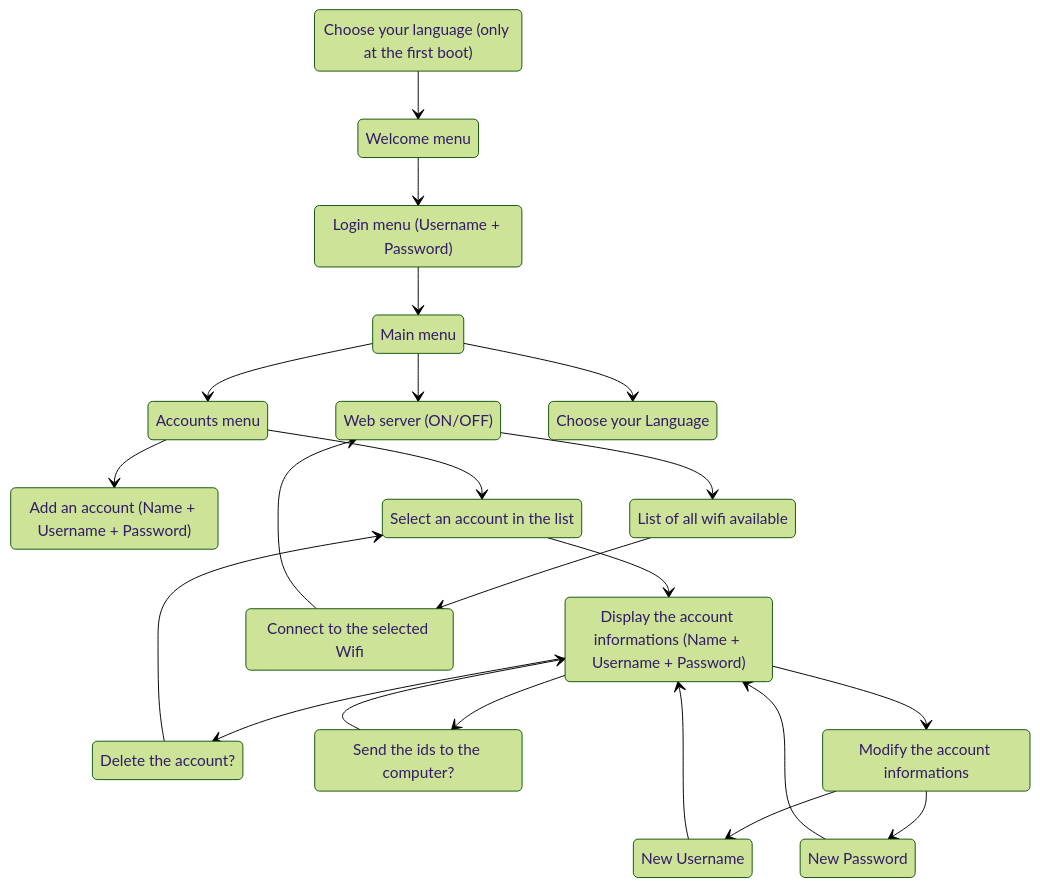
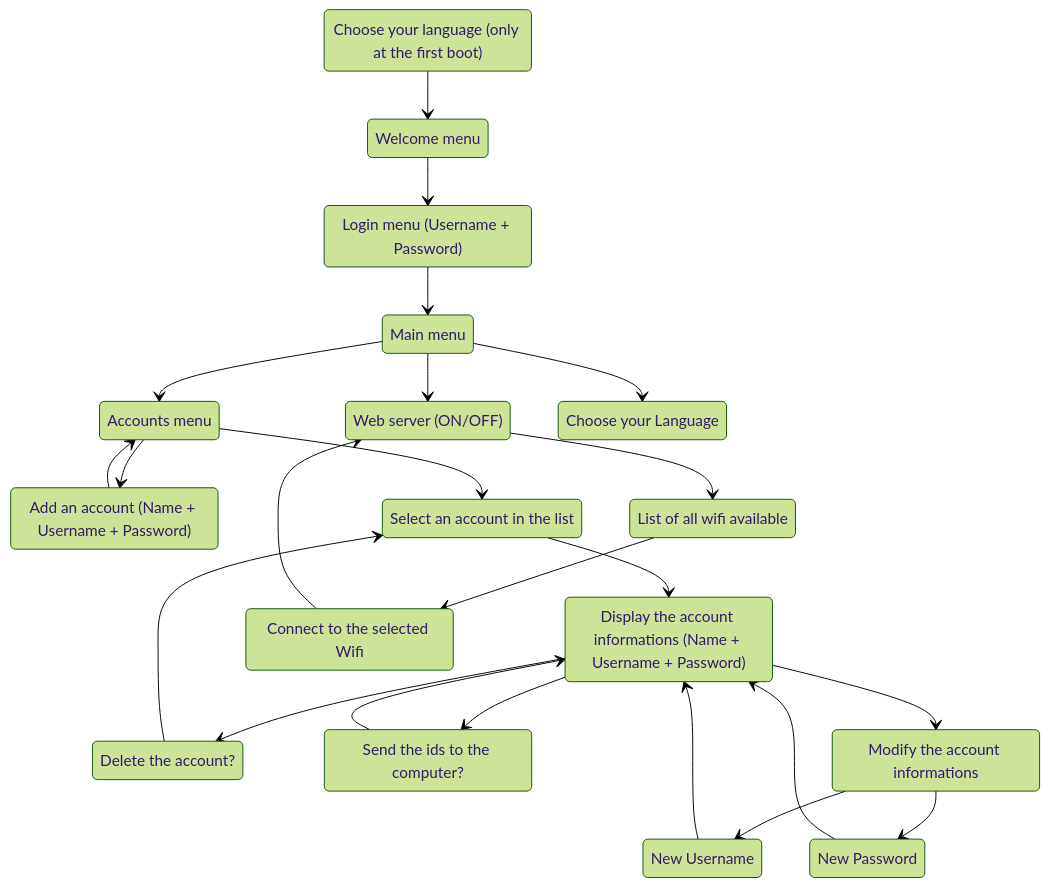
One commit to kaetir/Keybox-esp changed the diagram in ESP32/documentation/MENU.md. Above: the diagram before and after it, drawn with Mermaid (forest theme).

````diff
--- a/ESP32/documentation/MENU.md
+++ b/ESP32/documentation/MENU.md
@@ -3,42 +3,43 @@
 ```mermaid
 stateDiagram
 Setup : Choose your language (only at the first boot)
 Welcome_menu : Welcome menu
 Login : Login menu (Username + Password)
 Main_menu : Main menu
 Web_server : Web server (ON/OFF)
 Accounts_menu : Accounts menu
 Add_account : Add an account (Name + Username + Password)
 Account_selection : Select an account in the list
 Display_account : Display the account informations (Name + Username + Password)
 Delete_account : Delete the account?
 Send_to_computer : Send the ids to the computer?
 Modify_account : Modify the account informations
 New_username : New Username
 New_password : New Password
 Language : Choose your Language
 connect_wifi : Connect to the selected Wifi
 wifi_list : List of all wifi available
 
 Setup --> Welcome_menu
 Welcome_menu --> Login
 Login --> Main_menu
 Main_menu --> Web_server
 Main_menu --> Accounts_menu
 Main_menu --> Language
 Accounts_menu --> Add_account
+Add_account --> Accounts_menu
 Accounts_menu --> Account_selection
 Account_selection --> Display_account
 Display_account --> Delete_account
 Delete_account --> Account_selection
 Display_account --> Send_to_computer
 Send_to_computer --> Display_account
 Display_account --> Modify_account
 Modify_account --> New_username
 Modify_account --> New_password
 New_username --> Display_account
 New_password --> Display_account
 Web_server --> wifi_list
 wifi_list --> connect_wifi
 connect_wifi --> Web_server
 ```
````
